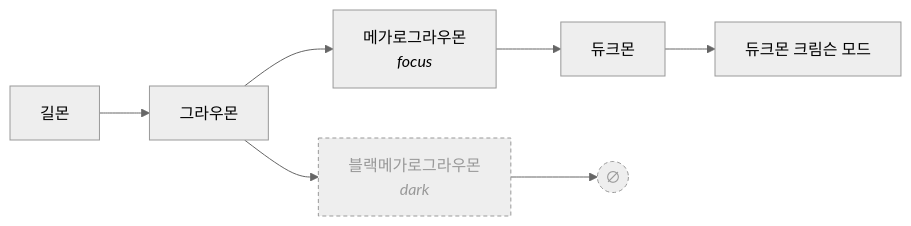
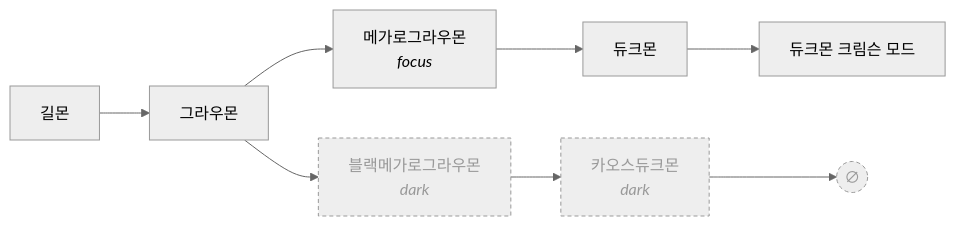
Before and after one commit to muo-ahn/claude-mon: the fourth of 8 diagrams in docs/evolution-routes.md, drawn with Mermaid (neutral theme). The commit also changed other lines of this file and 2 other files, not shown here.

First line of the commit message:
feat(evolve): 길몬 다크 분기에 카오스듀크몬 + 자산 풀 평가(§13)

````diff
--- a/docs/evolution-routes.md
+++ b/docs/evolution-routes.md
@@ -349,18 +396,20 @@
 ```mermaid
 flowchart LR
   guilmon_guilmon["길몬"]
   guilmon_growlmon["그라우몬"]
   guilmon_megalogrowlmon["메가로그라우몬<br/><i>focus</i>"]
   guilmon_blackmegalogrowlmon["블랙메가로그라우몬<br/><i>dark</i>"]
   guilmon_dukemon["듀크몬"]
+  guilmon_chaosdukemon["카오스듀크몬<br/><i>dark</i>"]
   guilmon_dukemon_crimson["듀크몬 크림슨 모드"]
   guilmon_guilmon --> guilmon_growlmon
   guilmon_growlmon --> guilmon_megalogrowlmon
   guilmon_growlmon --> guilmon_blackmegalogrowlmon
   guilmon_megalogrowlmon --> guilmon_dukemon
-  guilmon_blackmegalogrowlmon_stop(("∅"))
-  guilmon_blackmegalogrowlmon --> guilmon_blackmegalogrowlmon_stop
+  guilmon_blackmegalogrowlmon --> guilmon_chaosdukemon
   guilmon_dukemon --> guilmon_dukemon_crimson
+  guilmon_chaosdukemon_stop(("∅"))
+  guilmon_chaosdukemon --> guilmon_chaosdukemon_stop
   classDef out stroke-dasharray:4 3,stroke:#999,color:#999
-  class guilmon_blackmegalogrowlmon,guilmon_blackmegalogrowlmon_stop out
+  class guilmon_blackmegalogrowlmon,guilmon_chaosdukemon,guilmon_chaosdukemon_stop out
 ```
````
